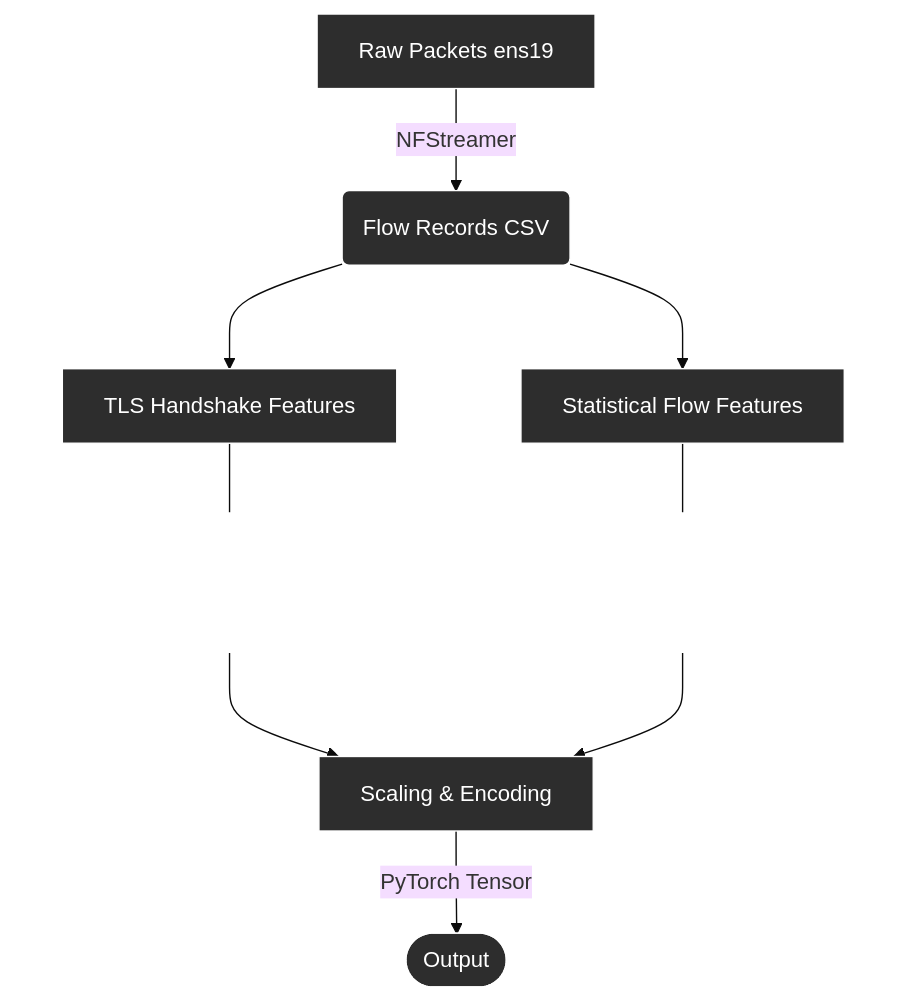
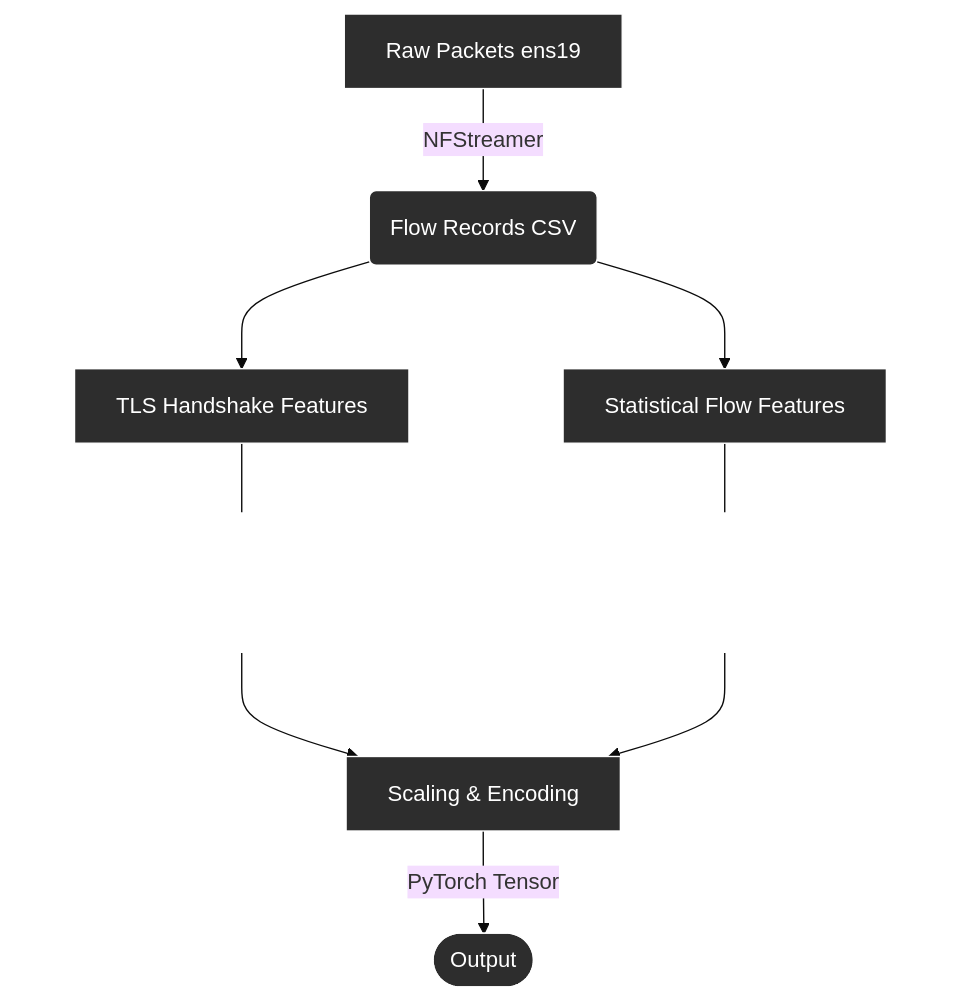
One commit to rhaffle87/fl-cl changed the fourth of 6 diagrams in docs/00_research_paper.md. Above: the diagram before and after it, drawn with Mermaid (base theme). The commit also changed other lines of this file, not shown here.

Commit message:
docs: add research paper detailing hybrid FL-CL architecture for encrypted network defense

````diff
--- a/docs/00_research_paper.md
+++ b/docs/00_research_paper.md
@@ -381,31 +381,31 @@
 ```mermaid
 graph TD
     %% Define Nodes
     A[Raw Packets ens19] -->|NFStreamer| B(Flow Records CSV)
     
     %% Split into features
     B --> C[TLS Handshake Features]
     B --> D[Statistical Flow Features]
     
     %% Feature details using markdown formatting
     subgraph TLS_Features [" "]
         style TLS_Features fill:none,stroke:none;
-        C --- C1["• JA3/JA4 fingerprints<br>• JA3S/JA4S fingerprints<br>• SNI domain"]
+        C --- C1["• JA3/JA4 fingerprints - • JA3S/JA4S fingerprints - • SNI domain"]
     end
 
     subgraph Stat_Features [" "]
         style Stat_Features fill:none,stroke:none;
-        D --- D1["• Packet counts/sizes<br>• Duration, inter-arrival<br>• Byte ratios, entropy"]
+        D --- D1["• Packet counts/sizes - • Duration, inter-arrival - • Byte ratios, entropy"]
     end
     
     %% Merge back
     C1 --> E[Scaling & Encoding]
     D1 --> E
     
     E -->|PyTorch Tensor| F([Output])
 
     %% Styling to keep it clean and dark-mode friendly
     classDef default fill:#2d2d2d,stroke:#fff,stroke-width:1px,color:#fff;
     classDef transparent fill:none,stroke:none,color:#fff;
     class C1,D1 transparent;
 ```
````
